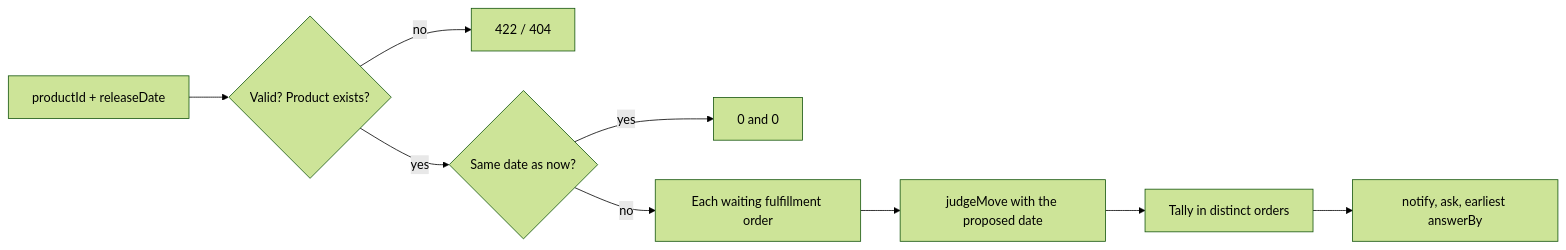
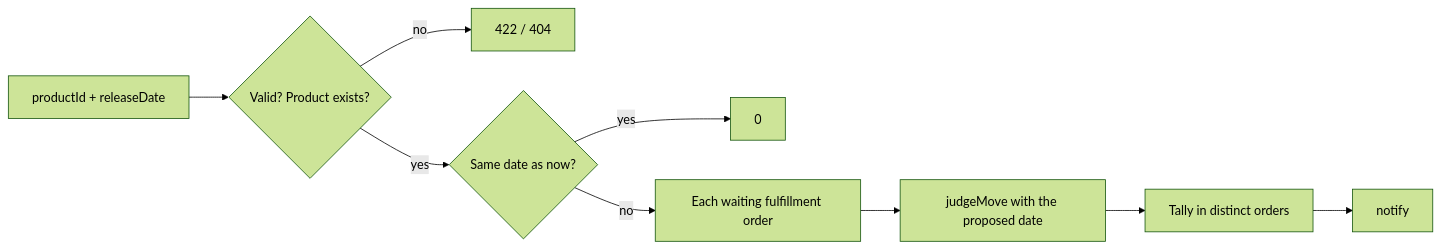
Before and after one commit to Guebbit/boilerplate-node-backend: the sixth of 7 diagrams in docs/modules/delivery.md, drawn with Mermaid (forest theme). The commit also changed other lines of this file and 82 other files, not shown here.

````diff
--- a/docs/modules/delivery.md
+++ b/docs/modules/delivery.md
@@ -323,11 +294,11 @@
 ```mermaid
 flowchart LR
     Q[productId + releaseDate] --> V{Valid? Product exists?}
     V -- no --> R[422 / 404]
     V -- yes --> U{Same date as now?}
-    U -- yes --> Z[0 and 0]
+    U -- yes --> Z[0]
     U -- no --> W[Each waiting fulfillment order]
     W --> J[judgeMove with the proposed date]
     J --> T[Tally in distinct orders]
-    T --> O[notify, ask, earliest answerBy]
+    T --> O[notify]
 ```
````
